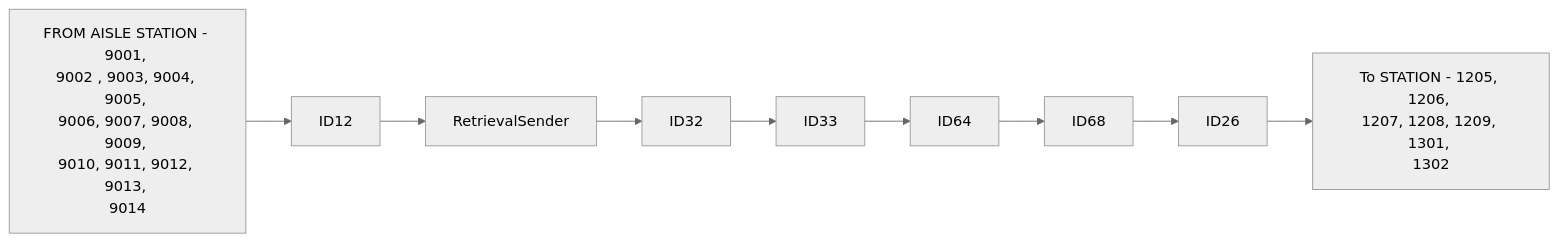
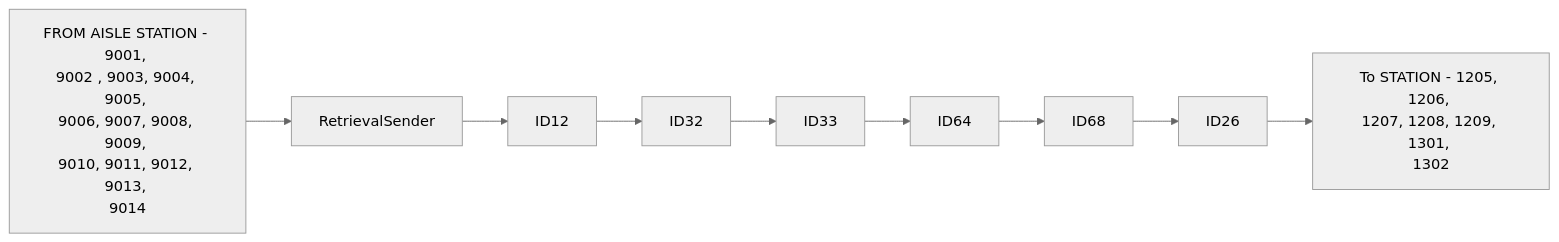
Before and after one commit to luthfiadityaa/SimeDarby-Wiki: the first of 11 diagrams in Basic-Design/DFD-WMS/Retrieval/Unplanned-Retrieval-to-HP-Area.md, drawn with Mermaid (neutral theme).

Commit message:
Updated Unplanned Retrieval to HP Area

```diff
--- a/Basic-Design/DFD-WMS/Retrieval/Unplanned-Retrieval-to-HP-Area.md
+++ b/Basic-Design/DFD-WMS/Retrieval/Unplanned-Retrieval-to-HP-Area.md
@@ -9,11 +9,11 @@
 ::: mermaid
 flowchart LR
   
 P1[FROM AISLE STATION - 9001, 
 9002 , 9003, 9004, 9005, 
 9006, 9007, 9008, 9009, 
 9010, 9011, 9012, 9013, 
-9014]-->P21[ID12]-->P2[RetrievalSender]-->P3[ID32]-->P4[ID33]-->P5[ID64]-->P6[ID68]-->P7[ID26]-->P8[To STATION - 1205, 1206, 
+9014]-->P2[RetrievalSender]-->P21[ID12]-->P3[ID32]-->P4[ID33]-->P5[ID64]-->P6[ID68]-->P7[ID26]-->P8[To STATION - 1205, 1206, 
 1207, 1208, 1209, 1301, 
 1302] 
 :::
```
